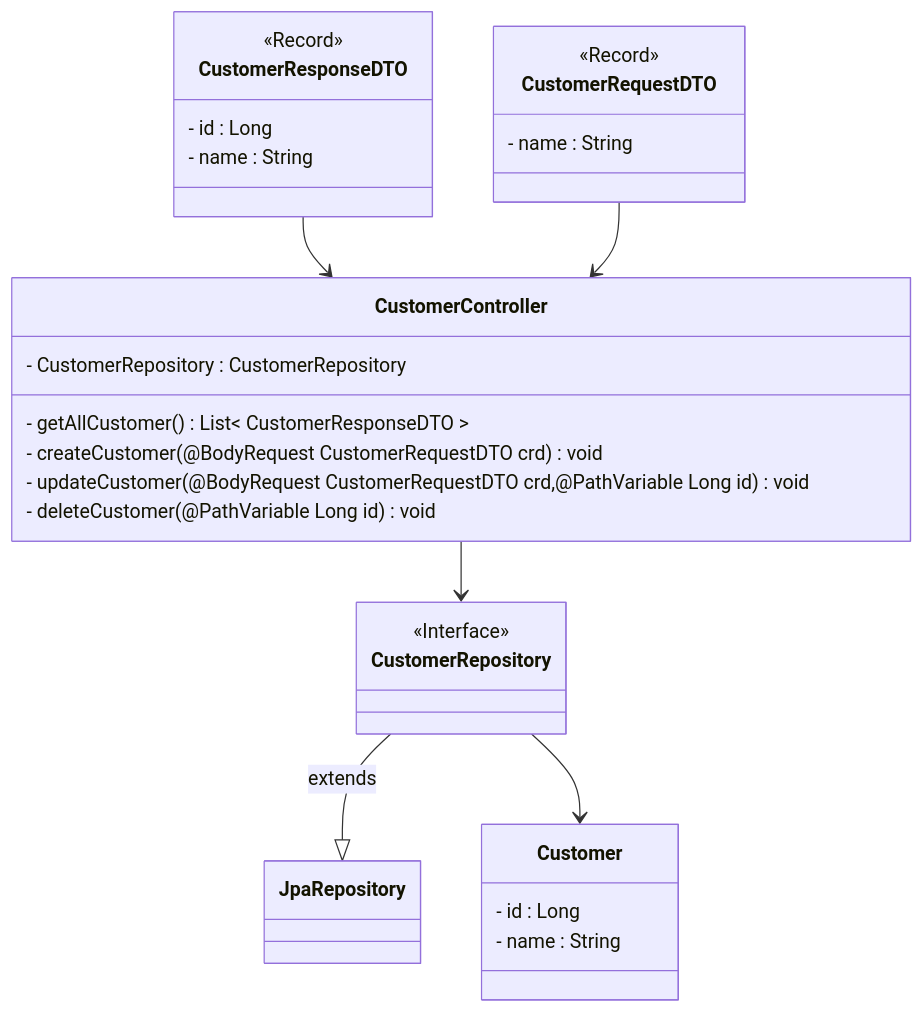
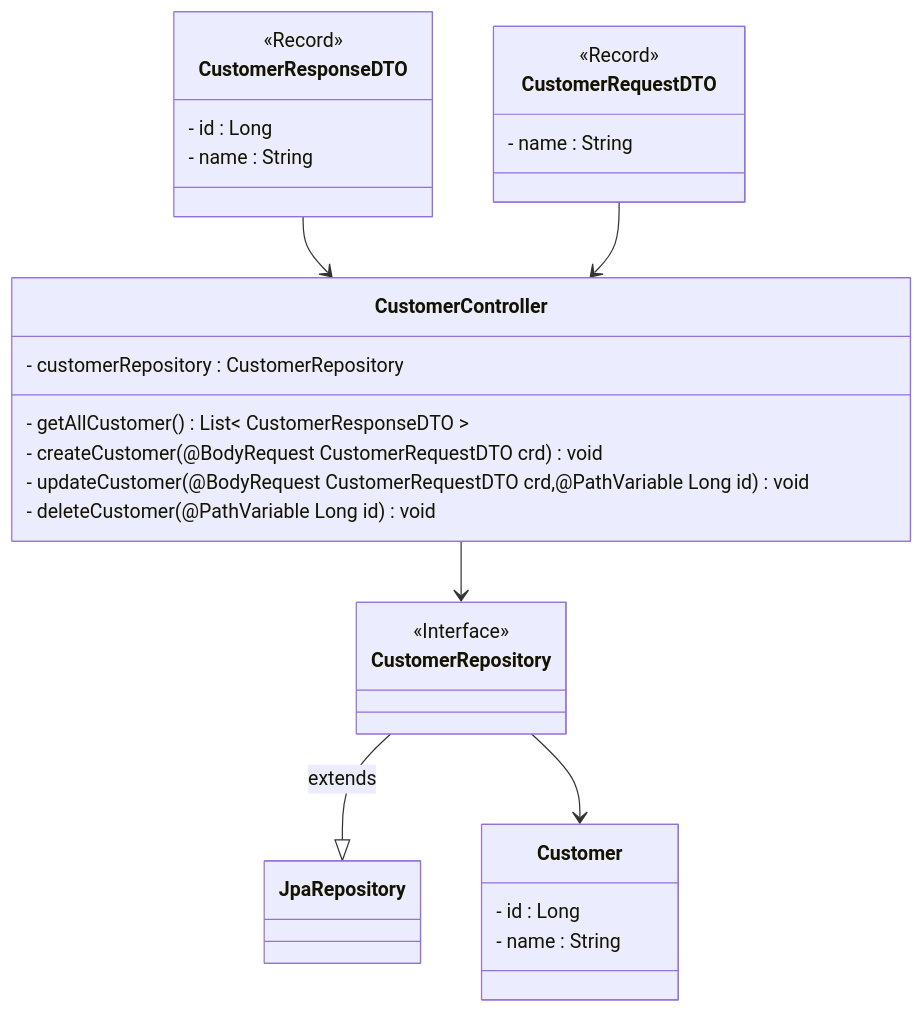
One commit to gabuh/lp2a4 changed the diagram in restaurant/README.md. Above: the diagram before and after it, drawn with Mermaid. The commit also changed other lines of this file, not shown here.

````diff
--- a/restaurant/README.md
+++ b/restaurant/README.md
@@ -1,42 +1,42 @@
 ```mermaid
 classDiagram
 
 class Customer{
 	- id : Long
 	- name : String
     
 }
 
 class CustomerRepository{
 	<<Interface>>
 	
 }
 
 
 class CustomerResponseDTO{
 	<<Record>>
 	- id : Long
 	- name : String
 }
 class CustomerRequestDTO{
 	<<Record>>
 	- name : String
 }
 
 class CustomerController {
-	- CustomerRepository : CustomerRepository
+	- customerRepository : CustomerRepository
 	- getAllCustomer() List< CustomerResponseDTO >
 	- createCustomer(@BodyRequest CustomerRequestDTO crd) void
 	- updateCustomer(@BodyRequest CustomerRequestDTO crd,@PathVariable Long id) void
 	- deleteCustomer(@PathVariable Long id) void
 }
 
 class JpaRepository
 
 
 CustomerRepository --|> JpaRepository : extends
 CustomerResponseDTO --> CustomerController
 CustomerRequestDTO --> CustomerController
 CustomerController --> CustomerRepository
 CustomerRepository --> Customer
 ```
````
